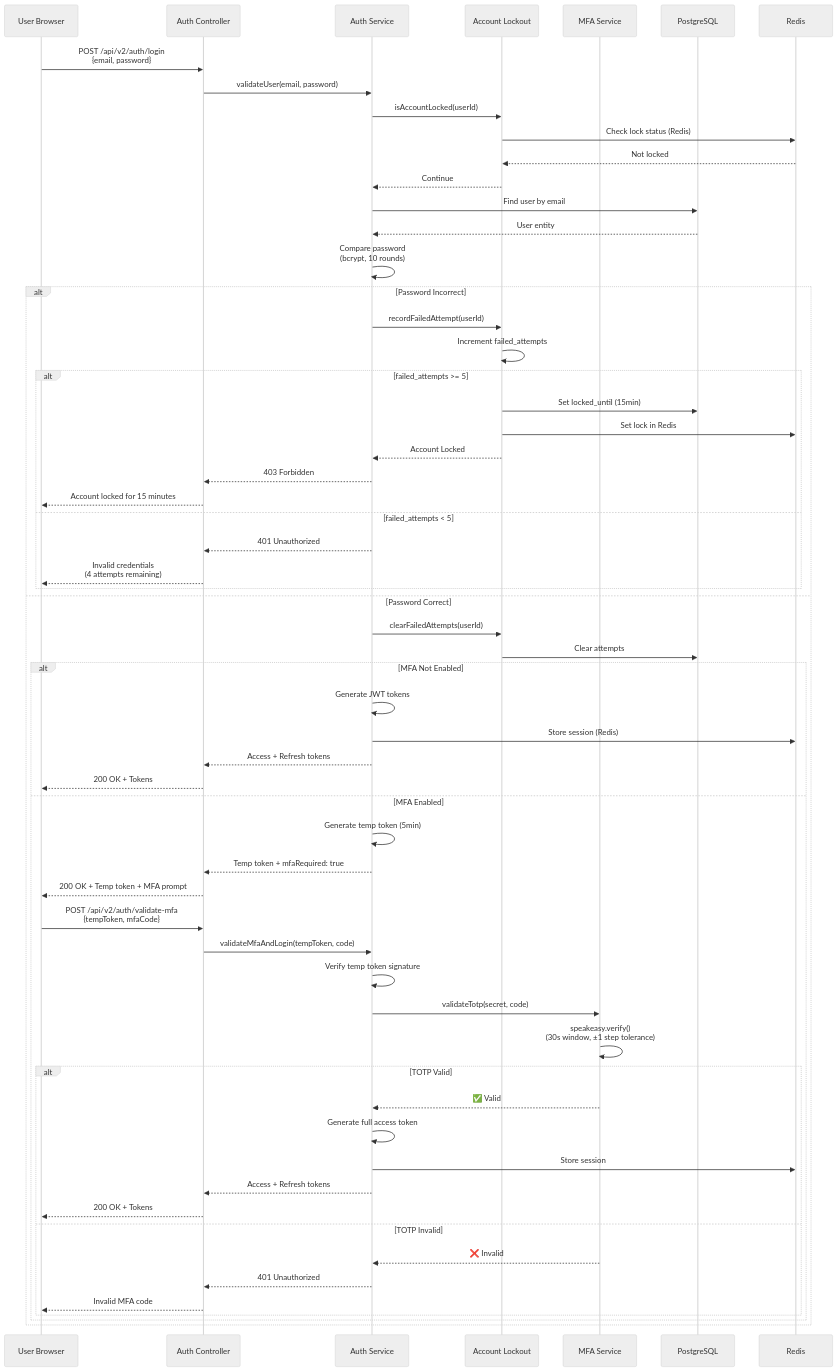
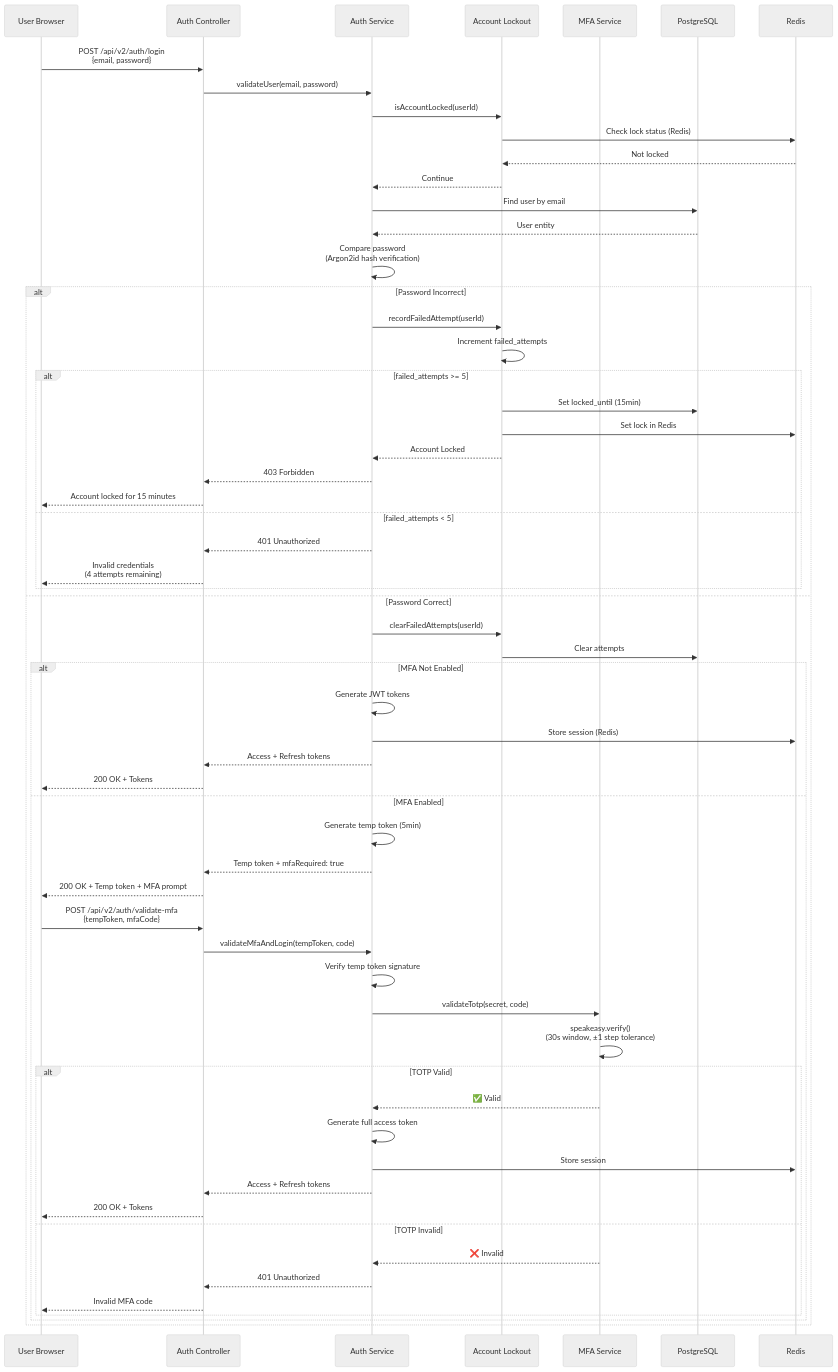
The sixth of 14 diagrams in architecture/02-DATA-FLOW.md (telemetryflow/telemetryflow-overview), drawn with Mermaid (neutral theme) before and after one commit. The commit also changed other lines of this file and 68 other files, not shown here.

````diff
--- a/architecture/02-DATA-FLOW.md
+++ b/architecture/02-DATA-FLOW.md
@@ -332,68 +337,68 @@
 ```mermaid
 sequenceDiagram
     participant User as User Browser
     participant API as Auth Controller
     participant Service as Auth Service
     participant Lockout as Account Lockout
     participant MFA as MFA Service
     participant DB as PostgreSQL
     participant Cache as Redis
 
     User->>API: POST /api/v2/auth/login<br/>{email, password}
     API->>Service: validateUser(email, password)
     Service->>Lockout: isAccountLocked(userId)
     Lockout->>Cache: Check lock status (Redis)
     Cache-->>Lockout: Not locked
     Lockout-->>Service: Continue
 
     Service->>DB: Find user by email
     DB-->>Service: User entity
-    Service->>Service: Compare password<br/>(bcrypt, 10 rounds)
+    Service->>Service: Compare password<br/>(Argon2id hash verification)
 
     alt Password Incorrect
         Service->>Lockout: recordFailedAttempt(userId)
         Lockout->>Lockout: Increment failed_attempts
         alt failed_attempts >= 5
             Lockout->>DB: Set locked_until (15min)
             Lockout->>Cache: Set lock in Redis
             Lockout-->>Service: Account Locked
             Service-->>API: 403 Forbidden
             API-->>User: Account locked for 15 minutes
         else failed_attempts < 5
             Service-->>API: 401 Unauthorized
             API-->>User: Invalid credentials<br/>(4 attempts remaining)
         end
     else Password Correct
         Service->>Lockout: clearFailedAttempts(userId)
         Lockout->>DB: Clear attempts
 
         alt MFA Not Enabled
             Service->>Service: Generate JWT tokens
             Service->>Cache: Store session (Redis)
             Service-->>API: Access + Refresh tokens
             API-->>User: 200 OK + Tokens
         else MFA Enabled
             Service->>Service: Generate temp token (5min)
             Service-->>API: Temp token + mfaRequired: true
             API-->>User: 200 OK + Temp token + MFA prompt
 
             User->>API: POST /api/v2/auth/validate-mfa<br/>{tempToken, mfaCode}
             API->>Service: validateMfaAndLogin(tempToken, code)
             Service->>Service: Verify temp token signature
             Service->>MFA: validateTotp(secret, code)
             MFA->>MFA: speakeasy.verify()<br/>(30s window, ±1 step tolerance)
 
             alt TOTP Valid
                 MFA-->>Service: ✅ Valid
                 Service->>Service: Generate full access token
                 Service->>Cache: Store session
                 Service-->>API: Access + Refresh tokens
                 API-->>User: 200 OK + Tokens
             else TOTP Invalid
                 MFA-->>Service: ❌ Invalid
                 Service-->>API: 401 Unauthorized
                 API-->>User: Invalid MFA code
             end
         end
     end
 ```
````
